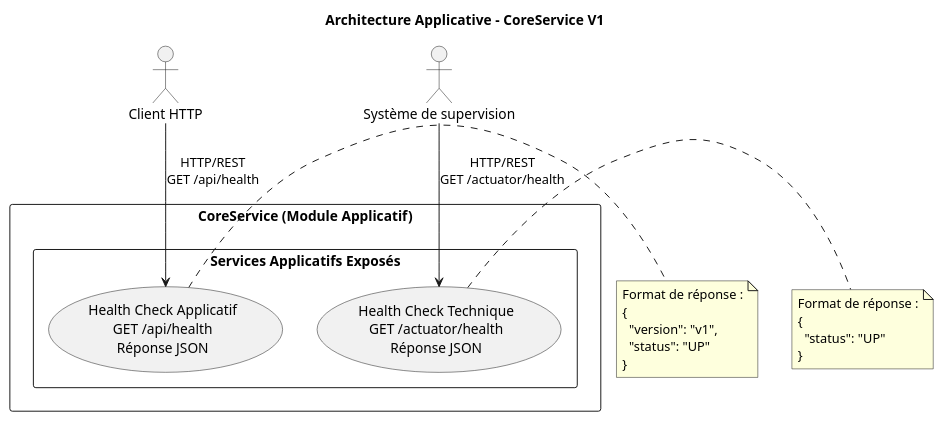
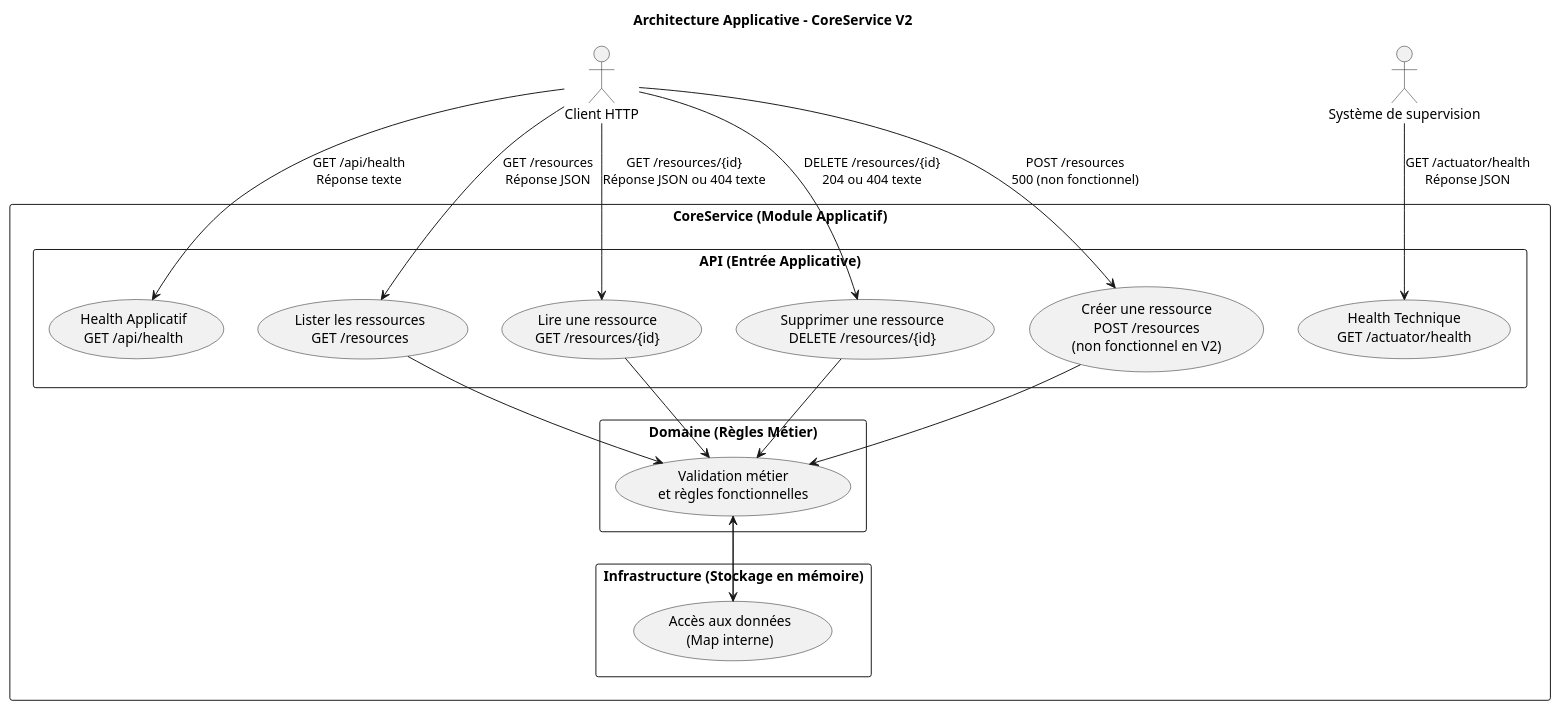
One commit to vcharrie/demo_application changed the diagram in docs/v2/architecture/archi_applicative.puml. Above: the diagram before and after it, drawn with PlantUML. The commit also changed 29 other files, not shown here.

```diff
--- a/docs/v2/architecture/archi_applicative.puml
+++ b/docs/v2/architecture/archi_applicative.puml
@@ -1,33 +1,47 @@
 @startuml
-title Architecture Applicative – CoreService V1
+title Architecture Applicative – CoreService V2
 
 actor "Client HTTP" as Client
 actor "Système de supervision" as Monitoring
 
 rectangle "CoreService (Module Applicatif)" as Core {
 
-  rectangle "Services Applicatifs Exposés" as Services {
-    usecase "Health Check Applicatif\nGET /api/health\nRéponse JSON" as U1
-    usecase "Health Check Technique\nGET /actuator/health\nRéponse JSON" as U2
+  rectangle "API (Entrée Applicative)" as API {
+
+    usecase "Health Applicatif\nGET /api/health" as U1
+    usecase "Health Technique\nGET /actuator/health" as U0
+
+    usecase "Lister les ressources\nGET /resources" as U2
+    usecase "Lire une ressource\nGET /resources/{id}" as U3
+    usecase "Supprimer une ressource\nDELETE /resources/{id}" as U4
+    usecase "Créer une ressource\nPOST /resources\n(non fonctionnel en V2)" as U5
+  }
+
+  rectangle "Domaine (Règles Métier)" as Domain {
+    usecase "Validation métier\net règles fonctionnelles" as D1
+  }
+
+  rectangle "Infrastructure (Stockage en mémoire)" as Infra {
+    usecase "Accès aux données\n(Map interne)" as I1
   }
 }
 
-Client --> U1 : HTTP/REST\nGET /api/health
-Monitoring --> U2 : HTTP/REST\nGET /actuator/health
+' --- Flux applicatifs externes ---
+Client --> U1 : GET /api/health\nRéponse texte
+Monitoring --> U0 : GET /actuator/health\nRéponse JSON
 
-note right of U1
-  Format de réponse :
-  {
-    "version": "v1",
-    "status": "UP"
-  }
-end note
+Client --> U2 : GET /resources\nRéponse JSON
+Client --> U3 : GET /resources/{id}\nRéponse JSON ou 404 texte
+Client --> U4 : DELETE /resources/{id}\n204 ou 404 texte
+Client --> U5 : POST /resources\n500 (non fonctionnel)
 
-note right of U2
-  Format de réponse :
-  {
-    "status": "UP"
-  }
-end note
+' --- Flux applicatifs internes (abstraits) ---
+U2 --> D1
+U3 --> D1
+U4 --> D1
+U5 --> D1
+
+D1 --> I1
+I1 --> D1
 
 @enduml
```
